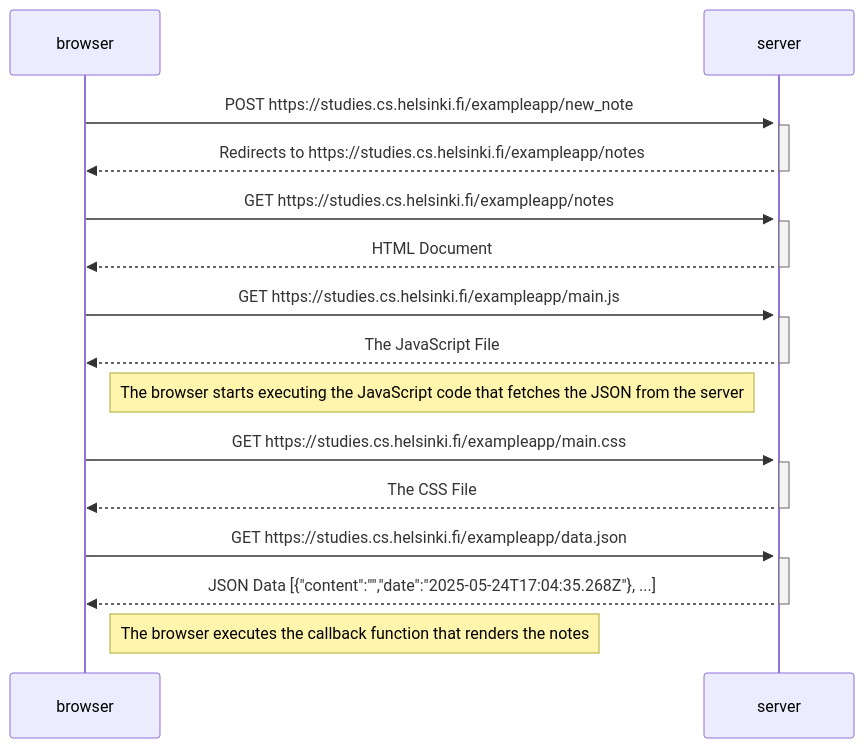
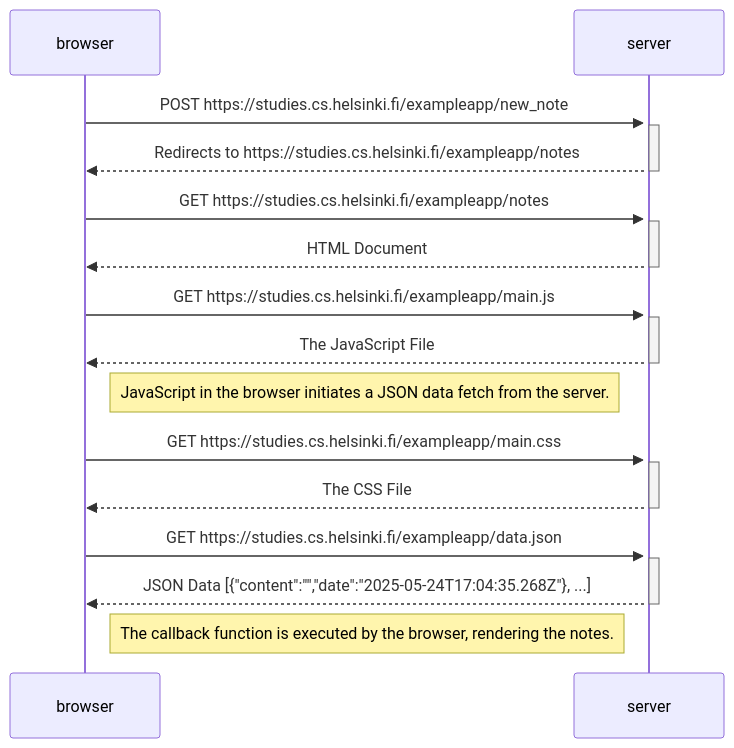
Before and after one commit to moysush/fullstackopen: the diagram in part0/0_4_new_note_diagram.md, drawn with Mermaid.

````diff
--- a/part0/0_4_new_note_diagram.md
+++ b/part0/0_4_new_note_diagram.md
@@ -1,34 +1,34 @@
 ```mermaid
 sequenceDiagram
   participant browser as browser
   participant server as server
 
   browser ->>+ server: POST https://studies.cs.helsinki.fi/exampleapp/new_note
   activate server
   server -->> browser: Redirects to https://studies.cs.helsinki.fi/exampleapp/notes
   deactivate server
 
   browser ->> server: GET https://studies.cs.helsinki.fi/exampleapp/notes
   activate server
   server -->> browser: HTML Document
   deactivate server
 
   browser ->> server: GET https://studies.cs.helsinki.fi/exampleapp/main.js
   activate server
   server -->> browser: The JavaScript File
   deactivate server
 
-  Note right of browser: The browser starts executing the JavaScript code that fetches the JSON from the server
+  Note right of browser: JavaScript in the browser initiates a JSON data fetch from the server.
   
   browser ->> server: GET https://studies.cs.helsinki.fi/exampleapp/main.css
   activate server
   server -->> browser: The CSS File
   deactivate server
 
   browser ->> server: GET https://studies.cs.helsinki.fi/exampleapp/data.json
   activate server
   server -->> browser: JSON Data [{"content":"","date":"2025-05-24T17:04:35.268Z"}, ...]
   deactivate server
 
-  Note right of browser: The browser executes the callback function that renders the notes
+  Note right of browser: The callback function is executed by the browser, rendering the notes.
 ```
````
